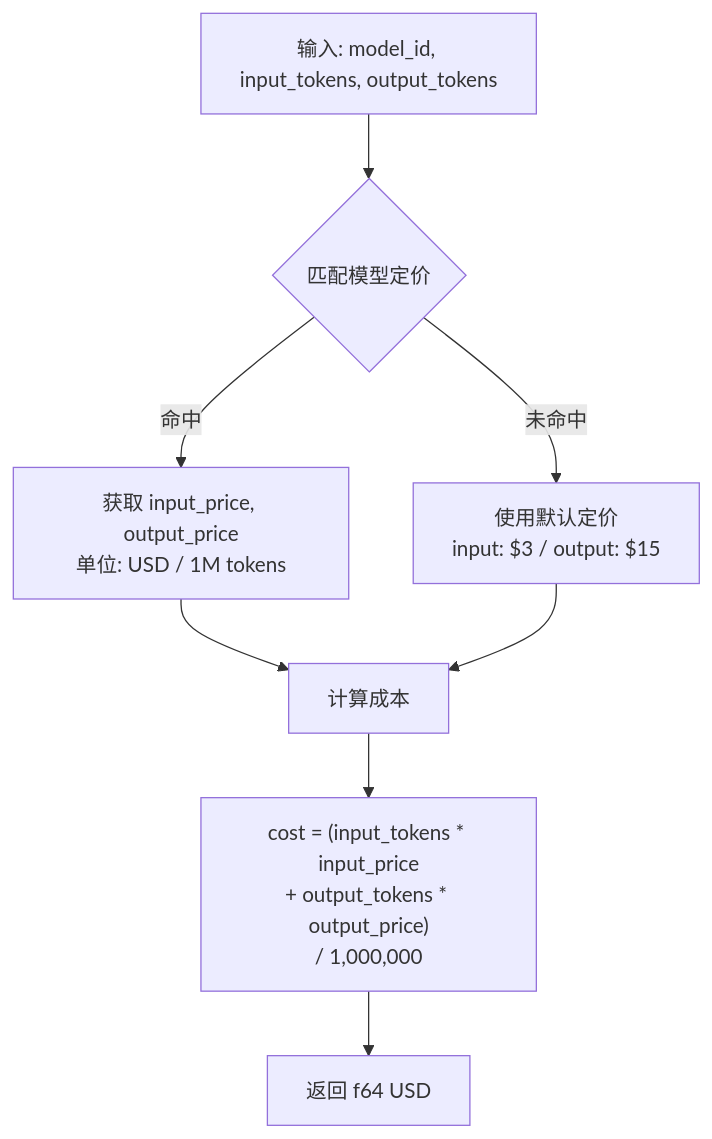
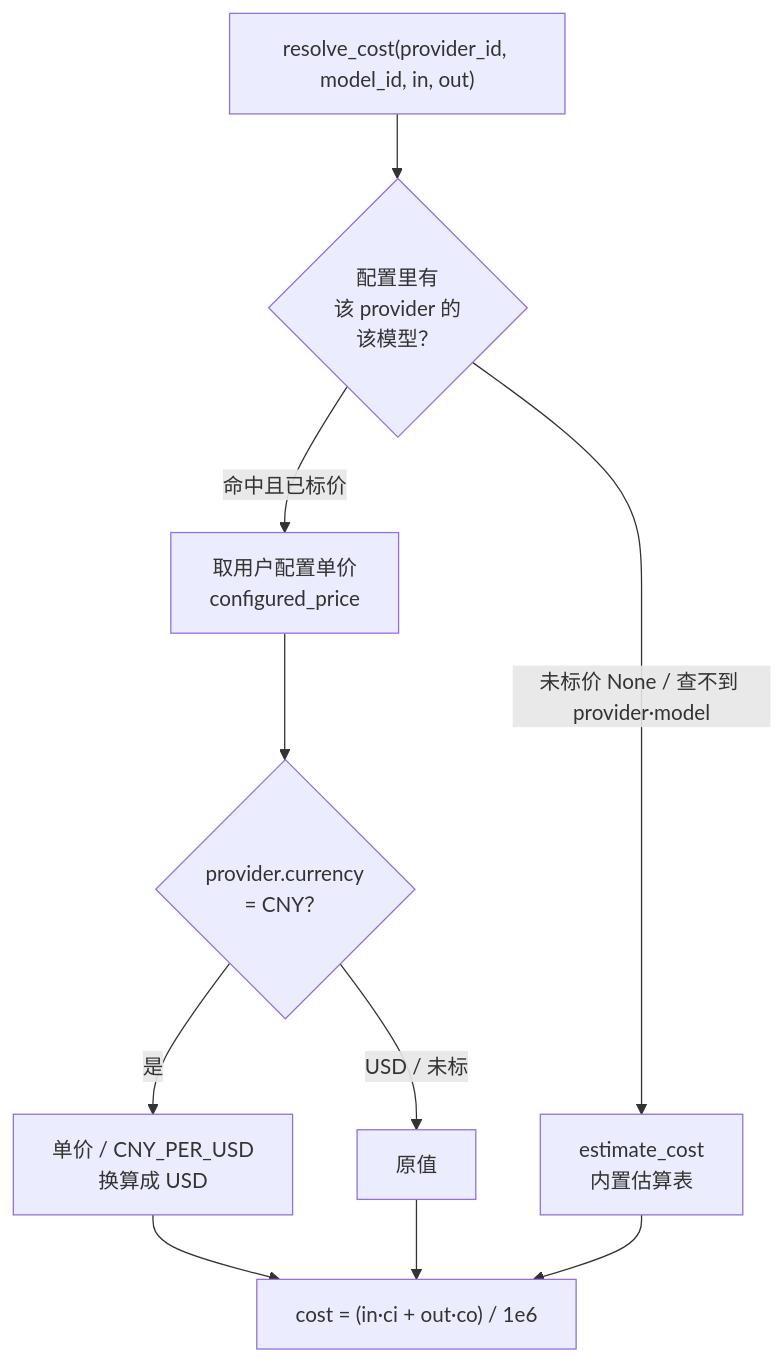
One commit to shiwenwen/hope-agent changed the second of 3 diagrams in docs/architecture/dashboard.md. Above: the diagram before and after it, drawn with Mermaid. The commit also changed other lines of this file and 11 other files, not shown here.

````diff
--- a/docs/architecture/dashboard.md
+++ b/docs/architecture/dashboard.md
@@ -407,10 +238,12 @@
 ```mermaid
 flowchart TD
-    A[输入: model_id, input_tokens, output_tokens] --> B{匹配模型定价}
-    B -->|命中| C[获取 input_price, output_price<br/>单位: USD / 1M tokens]
-    B -->|未命中| D[使用默认定价<br/>input: $3 / output: $15]
-    C --> E[计算成本]
-    D --> E
-    E --> F["cost = (input_tokens * input_price<br/>+ output_tokens * output_price)<br/>/ 1,000,000"]
-    F --> G[返回 f64 USD]
+    A["resolve_cost(provider_id, model_id, in, out)"] --> B{"配置里有<br/>该 provider 的<br/>该模型？"}
+    B -->|"命中且已标价"| C["取用户配置单价<br/>configured_price"]
+    C --> D{"provider.currency<br/>= CNY？"}
+    D -->|是| E["单价 / CNY_PER_USD<br/>换算成 USD"]
+    D -->|"USD / 未标"| F[原值]
+    B -->|"未标价 None / 查不到 provider·model"| G["estimate_cost<br/>内置估算表"]
+    E --> H["cost = (in·ci + out·co) / 1e6"]
+    F --> H
+    G --> H
 ```
````
